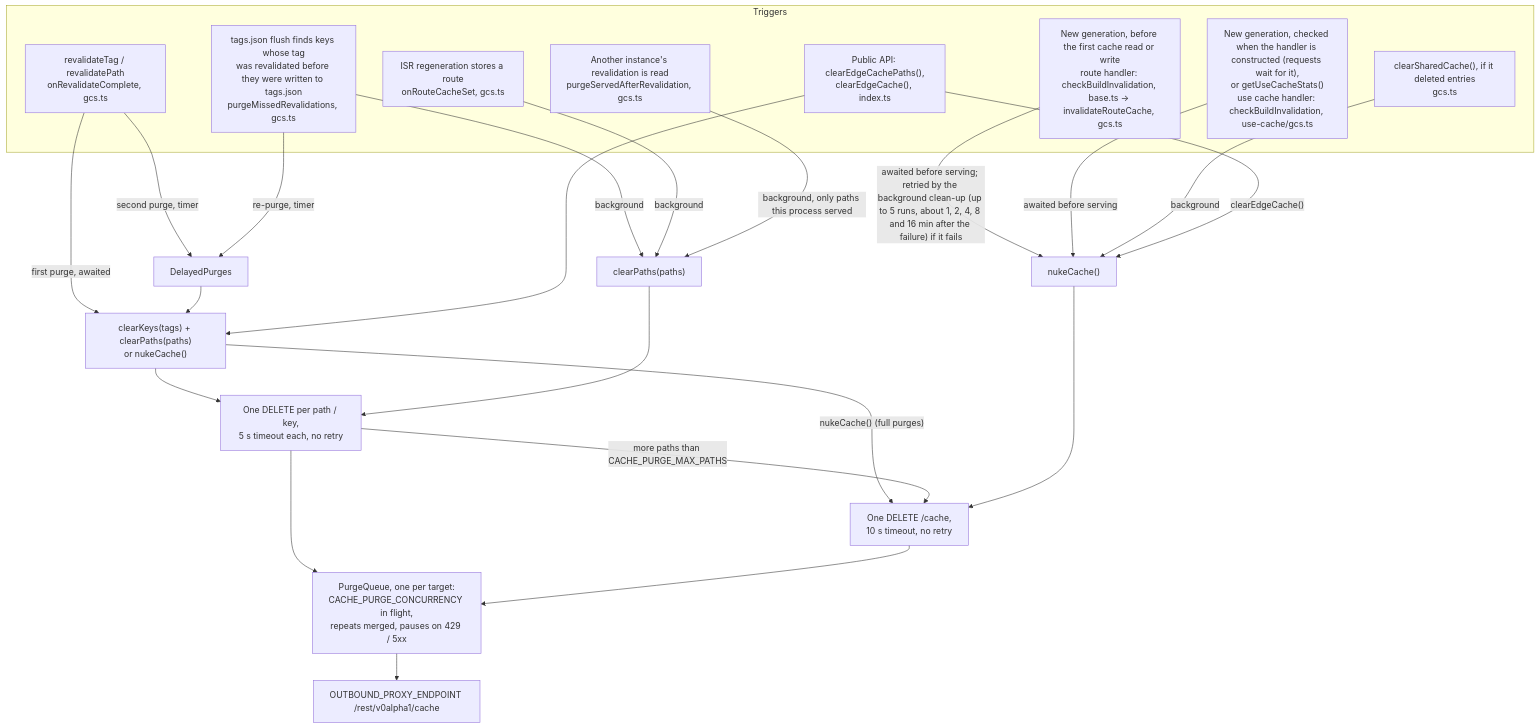
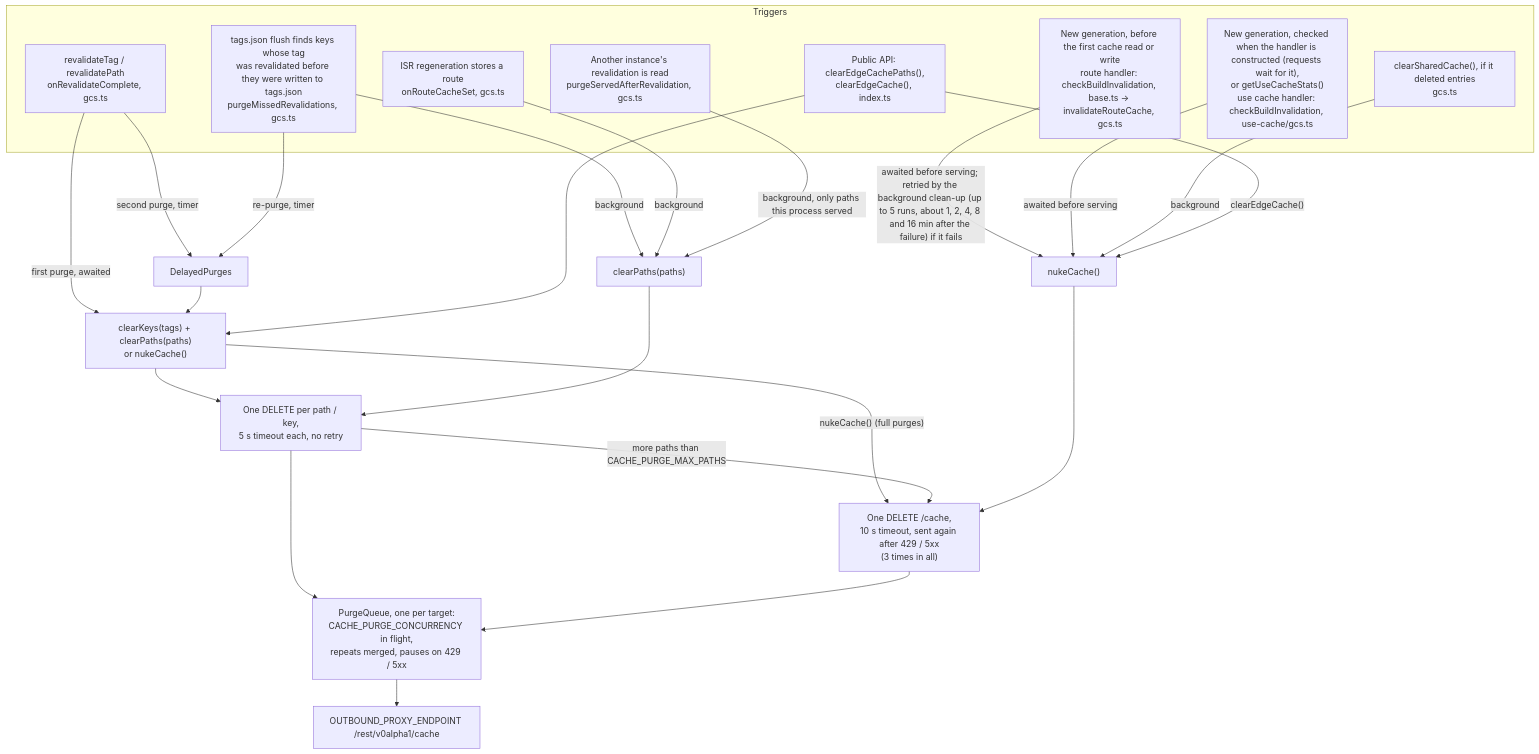
One commit to pantheon-systems/nextjs-cache-handler changed the fourth of 5 diagrams in ARCHITECTURE.md. Above: the diagram before and after it, drawn with Mermaid. The commit also changed other lines of this file and 5 other files, not shown here.

````diff
--- a/ARCHITECTURE.md
+++ b/ARCHITECTURE.md
@@ -216,35 +216,35 @@
 ```mermaid
 flowchart TB
   subgraph triggers["Triggers"]
     t1["revalidateTag / revalidatePath<br/>onRevalidateComplete, gcs.ts"]
     t2["ISR regeneration stores a route<br/>onRouteCacheSet, gcs.ts"]
     t3["tags.json flush finds keys whose tag<br/>was revalidated before they were written to tags.json<br/>purgeMissedRevalidations, gcs.ts"]
     t4["New generation, before the first cache read or write<br/>route handler: checkBuildInvalidation, base.ts → invalidateRouteCache, gcs.ts"]
     t5["New generation, checked when the handler is constructed (requests wait for it),<br/>or getUseCacheStats()<br/>use cache handler: checkBuildInvalidation, use-cache/gcs.ts"]
     t6["clearSharedCache(), if it deleted entries<br/>gcs.ts"]
     t8["Another instance's revalidation is read<br/>purgeServedAfterRevalidation, gcs.ts"]
     t7["Public API: clearEdgeCachePaths(),<br/>clearEdgeCache(), index.ts"]
   end
 
   t1 -- "first purge, awaited" --> keysPaths["clearKeys(tags) + clearPaths(paths)<br/>or nukeCache()"]
   t1 -- "second purge, timer" --> dp[DelayedPurges]
   t3 -- "background" --> paths1["clearPaths(paths)"]
   t3 -- "re-purge, timer" --> dp
   dp --> keysPaths
   t2 -- "background" --> paths1
   t4 -- "awaited before serving; retried by the background clean-up (up to 5 runs, about 1, 2, 4, 8 and 16 min after the failure) if it fails" --> nuke["nukeCache()"]
   t5 -- "awaited before serving" --> nuke
   t6 -- "background" --> nuke
   t7 --> keysPaths
   t7 -- "clearEdgeCache()" --> nuke
   keysPaths -- "nukeCache() (full purges)" --> one
   t8 -- "background, only paths this process served" --> paths1
 
   keysPaths --> fan["One DELETE per path / key,<br/>5 s timeout each, no retry"]
   paths1 --> fan
   fan -- "more paths than CACHE_PURGE_MAX_PATHS" --> one
-  nuke --> one["One DELETE /cache,<br/>10 s timeout, no retry"]
+  nuke --> one["One DELETE /cache,<br/>10 s timeout, sent again after 429 / 5xx<br/>(3 times in all)"]
   fan --> queue["PurgeQueue, one per target:<br/>CACHE_PURGE_CONCURRENCY in flight,<br/>repeats merged, pauses on 429 / 5xx"]
   one --> queue
   queue --> proxy[OUTBOUND_PROXY_ENDPOINT /rest/v0alpha1/cache]
 ```
````
